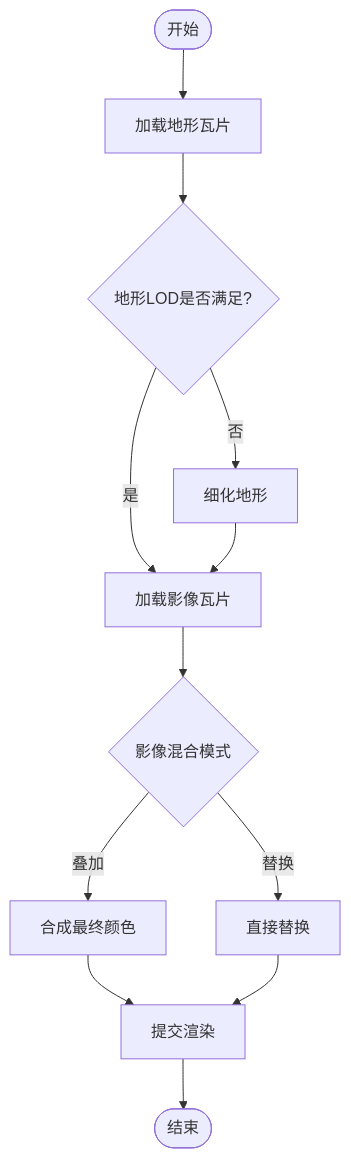
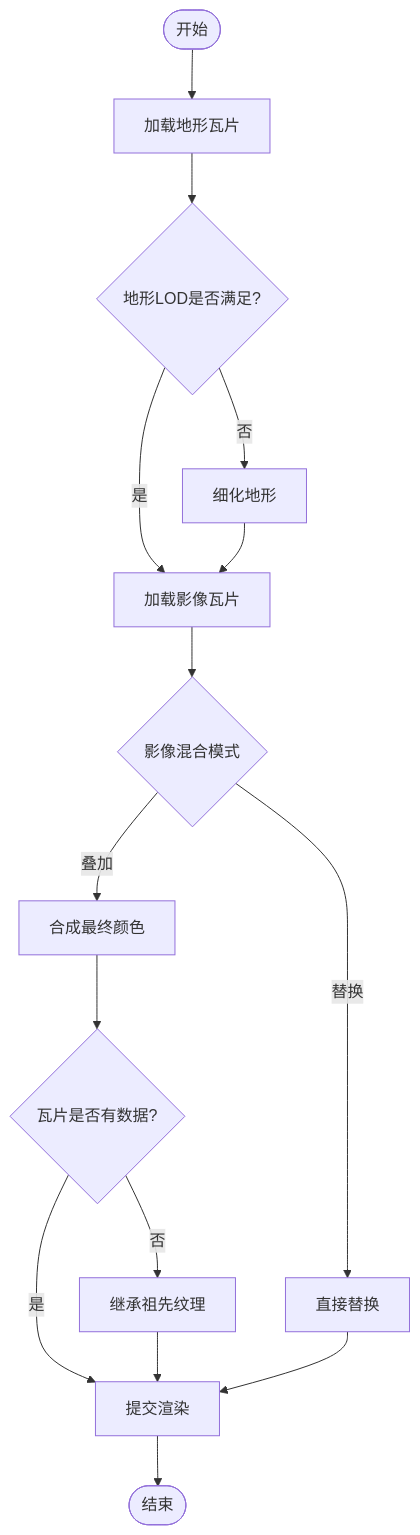
The seventh of 12 diagrams in .qoder/repowiki/zh/content/核心概念/渲染管线与场景图/动态地球渲染系统.md (rzhangjing/cesium), drawn with Mermaid before and after one commit. The commit also changed other lines of this file and 24 other files, not shown here.

````diff
--- a/.qoder/repowiki/zh/content/核心概念/渲染管线与场景图/动态地球渲染系统.md
+++ b/.qoder/repowiki/zh/content/核心概念/渲染管线与场景图/动态地球渲染系统.md
@@ -235,14 +321,17 @@
 ```mermaid
 flowchart TD
 Start(["开始"]) --> LoadTerrain["加载地形瓦片"]
 LoadTerrain --> TerrainLOD{"地形LOD是否满足?"}
 TerrainLOD --> |否| RefineTerrain["细化地形"]
 TerrainLOD --> |是| LoadImagery["加载影像瓦片"]
 LoadImagery --> ImageryBlend{"影像混合模式"}
 ImageryBlend --> |叠加| Composite["合成最终颜色"]
 ImageryBlend --> |替换| Replace["直接替换"]
-Composite --> Render["提交渲染"]
+Composite --> NoData{"瓦片是否有数据?"}
+NoData --> |否| Inherit["继承祖先纹理"]
+NoData --> |是| Render["提交渲染"]
+Inherit --> Render
 Replace --> Render
 RefineTerrain --> LoadImagery
 Render --> End(["结束"])
 ```
````
